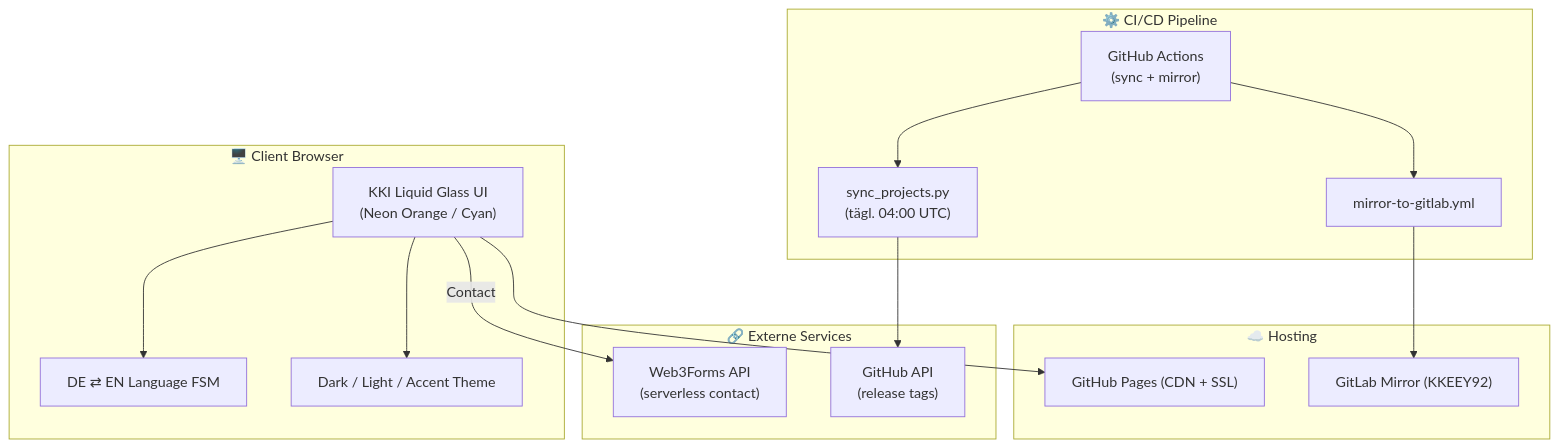
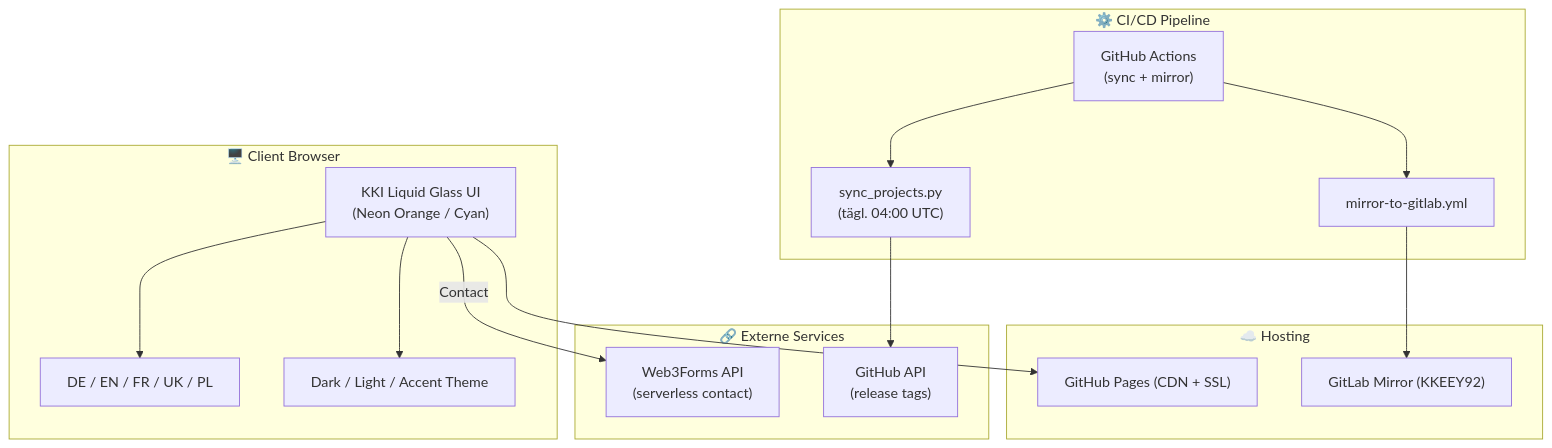
One commit to KKEEY92/CV_KKEEY changed the diagram in README.md. Above: the diagram before and after it, drawn with Mermaid. The commit also changed other lines of this file and 13 other files, not shown here.

Commit message:
feat: clarify context architecture and evidence boundaries

````diff
--- a/README.md
+++ b/README.md
@@ -85,30 +90,30 @@
 ```mermaid
 graph TD
     subgraph Client["🖥️ Client Browser"]
         UI["KKI Liquid Glass UI\n(Neon Orange / Cyan)"]
-        LANG["DE ⇄ EN Language FSM"]
+        LANG["DE / EN / FR / UK / PL"]
         THEME["Dark / Light / Accent Theme"]
     end
 
     subgraph CI["⚙️ CI/CD Pipeline"]
         GHA["GitHub Actions\n(sync + mirror)"]
         SYNC["sync_projects.py\n(tägl. 04:00 UTC)"]
         MIRROR["mirror-to-gitlab.yml"]
     end
 
     subgraph Host["☁️ Hosting"]
         GHP["GitHub Pages (CDN + SSL)"]
         GL["GitLab Mirror (KKEEY92)"]
     end
 
     subgraph Ext["🔗 Externe Services"]
         W3F["Web3Forms API\n(serverless contact)"]
         GH_API["GitHub API\n(release tags)"]
     end
 
     UI --> GHP
     GHA --> SYNC --> GH_API
     GHA --> MIRROR --> GL
     UI --> LANG & THEME
     UI -->|Contact| W3F
 ```
````
